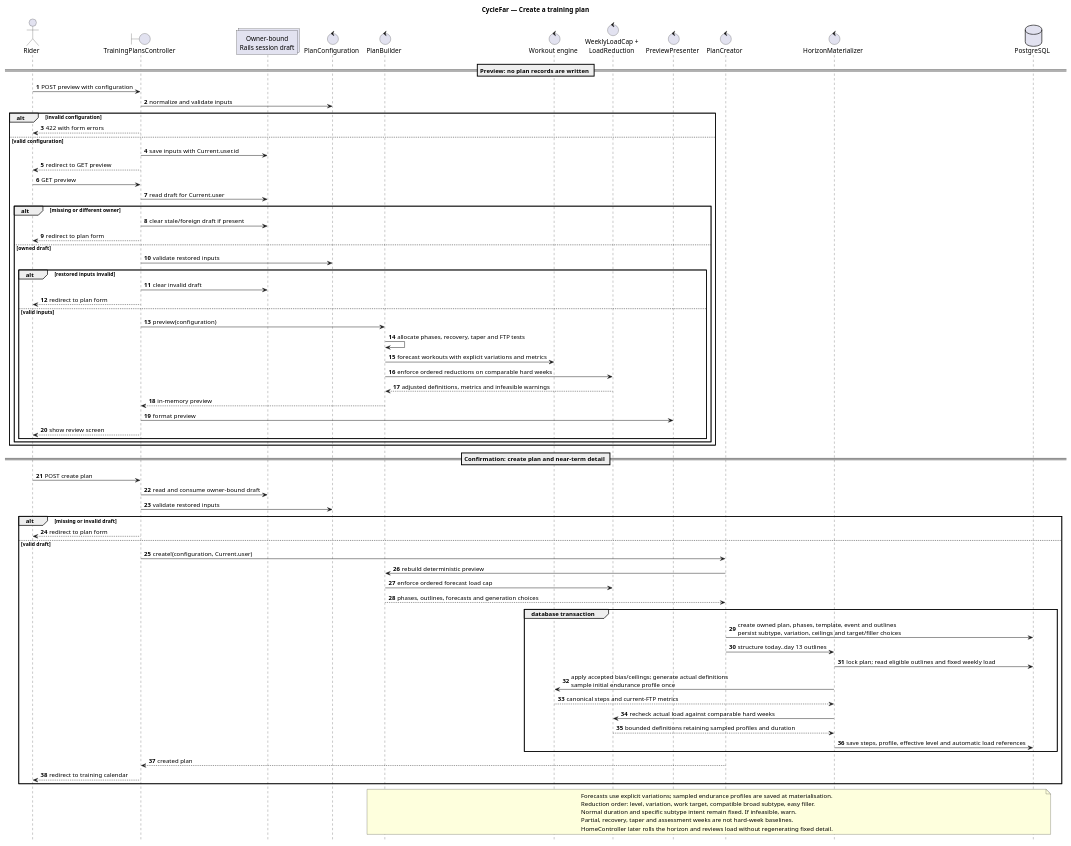
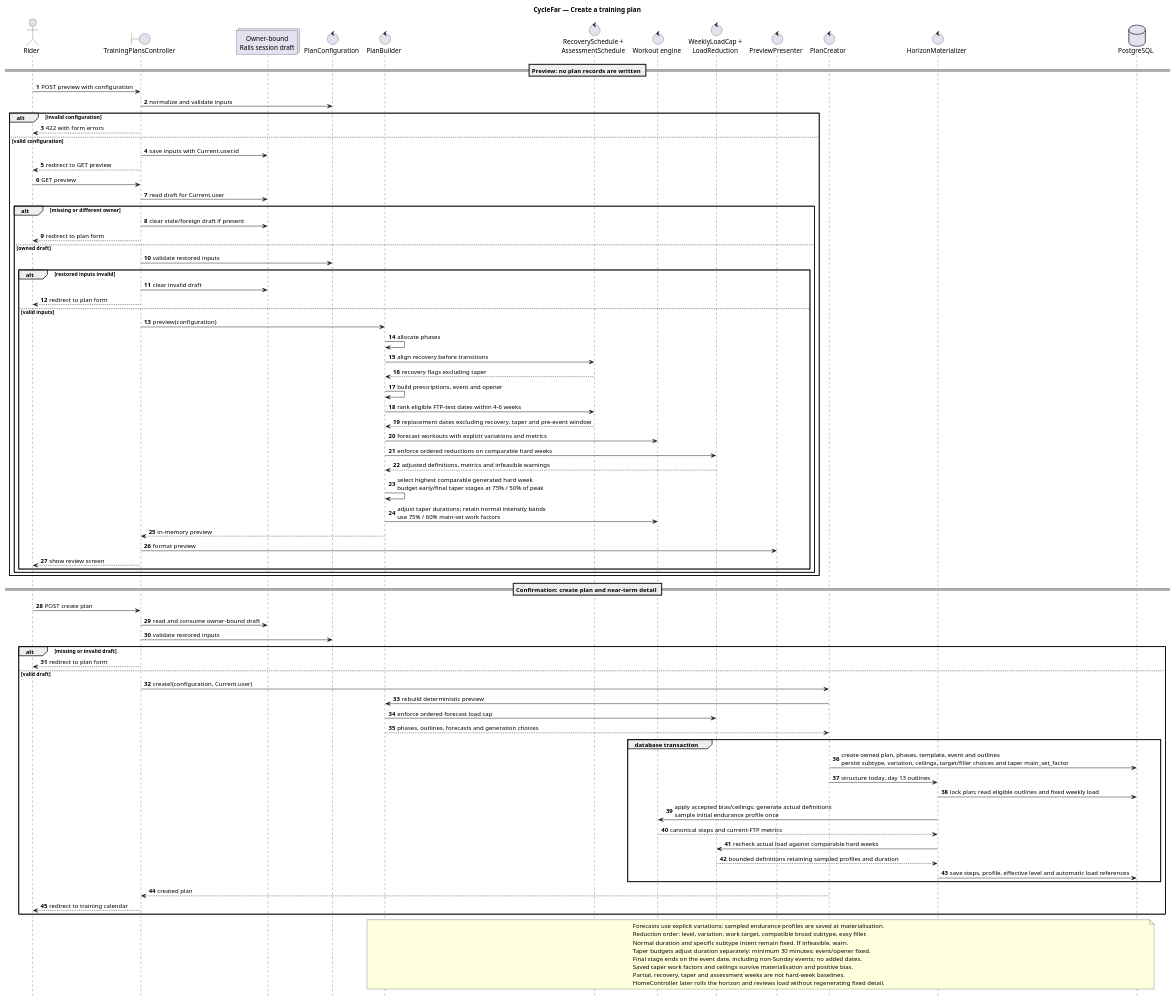
Before and after one commit to richardhartme/cyclefar: the diagram in docs/diagrams/sequence-cyclefar-plan-creation.puml, drawn with PlantUML. The commit also changed 10 other files, not shown here.

Commit message:
Update diagrams and PNG exports for CYF-11

```diff
--- a/docs/diagrams/sequence-cyclefar-plan-creation.puml
+++ b/docs/diagrams/sequence-cyclefar-plan-creation.puml
@@ -1,82 +1,93 @@
 @startuml
 title CycleFar — Create a training plan
 
 autonumber
 hide footbox
 
 actor Rider
 boundary "TrainingPlansController" as Controller
 collections "Owner-bound\nRails session draft" as Draft
 control "PlanConfiguration" as Configuration
 control "PlanBuilder" as Builder
+control "RecoverySchedule +\nAssessmentSchedule" as ScheduleRules
 control "Workout engine" as Engine
 control "WeeklyLoadCap +\nLoadReduction" as LoadRules
 control "PreviewPresenter" as Presenter
 control "PlanCreator" as Creator
 control "HorizonMaterializer" as Materializer
 database "PostgreSQL" as Database
 
 == Preview: no plan records are written ==
 Rider -> Controller: POST preview with configuration
 Controller -> Configuration: normalize and validate inputs
 alt invalid configuration
   Controller --> Rider: 422 with form errors
 else valid configuration
   Controller -> Draft: save inputs with Current.user.id
   Controller --> Rider: redirect to GET preview
   Rider -> Controller: GET preview
   Controller -> Draft: read draft for Current.user
   alt missing or different owner
     Controller -> Draft: clear stale/foreign draft if present
     Controller --> Rider: redirect to plan form
   else owned draft
     Controller -> Configuration: validate restored inputs
     alt restored inputs invalid
       Controller -> Draft: clear invalid draft
       Controller --> Rider: redirect to plan form
     else valid inputs
       Controller -> Builder: preview(configuration)
-      Builder -> Builder: allocate phases, recovery, taper and FTP tests
+      Builder -> Builder: allocate phases
+      Builder -> ScheduleRules: align recovery before transitions
+      ScheduleRules --> Builder: recovery flags excluding taper
+      Builder -> Builder: build prescriptions, event and opener
+      Builder -> ScheduleRules: rank eligible FTP-test dates within 4-6 weeks
+      ScheduleRules --> Builder: replacement dates excluding recovery, taper and pre-event window
       Builder -> Engine: forecast workouts with explicit variations and metrics
       Builder -> LoadRules: enforce ordered reductions on comparable hard weeks
       LoadRules --> Builder: adjusted definitions, metrics and infeasible warnings
+      Builder -> Builder: select highest comparable generated hard week\nbudget early/final taper stages at 75% / 50% of peak
+      Builder -> Engine: adjust taper durations; retain normal intensity bands\nuse 75% / 60% main-set work factors
       Builder --> Controller: in-memory preview
       Controller -> Presenter: format preview
       Controller --> Rider: show review screen
     end
   end
 end
 
 == Confirmation: create plan and near-term detail ==
 Rider -> Controller: POST create plan
 Controller -> Draft: read and consume owner-bound draft
 Controller -> Configuration: validate restored inputs
 alt missing or invalid draft
   Controller --> Rider: redirect to plan form
 else valid draft
   Controller -> Creator: create!(configuration, Current.user)
   Creator -> Builder: rebuild deterministic preview
   Builder -> LoadRules: enforce ordered forecast load cap
   Builder --> Creator: phases, outlines, forecasts and generation choices
   group database transaction
-    Creator -> Database: create owned plan, phases, template, event and outlines\npersist subtype, variation, ceilings and target/filler choices
+    Creator -> Database: create owned plan, phases, template, event and outlines\npersist subtype, variation, ceilings, target/filler choices and taper main_set_factor
     Creator -> Materializer: structure today..day 13 outlines
     Materializer -> Database: lock plan; read eligible outlines and fixed weekly load
     Materializer -> Engine: apply accepted bias/ceilings; generate actual definitions\nsample initial endurance profile once
     Engine --> Materializer: canonical steps and current-FTP metrics
     Materializer -> LoadRules: recheck actual load against comparable hard weeks
     LoadRules --> Materializer: bounded definitions retaining sampled profiles and duration
     Materializer -> Database: save steps, profile, effective level and automatic load references
   end
   Creator --> Controller: created plan
   Controller --> Rider: redirect to training calendar
 end
 
 note over Builder, Database
   Forecasts use explicit variations; sampled endurance profiles are saved at materialisation.
   Reduction order: level, variation, work target, compatible broad subtype, easy filler.
   Normal duration and specific subtype intent remain fixed. If infeasible, warn.
+  Taper budgets adjust duration separately: minimum 30 minutes; event/opener fixed.
+  Final stage ends on the event date, including non-Sunday events; no added dates.
+  Saved taper work factors and ceilings survive materialisation and positive bias.
   Partial, recovery, taper and assessment weeks are not hard-week baselines.
   HomeController later rolls the horizon and reviews load without regenerating fixed detail.
 end note
 @enduml
```
